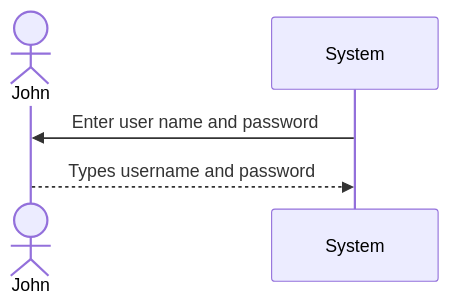
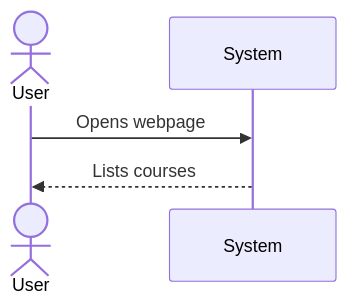
Before and after one commit to NoahBarrall/411Project: the second of 2 diagrams in System_Proposal_411.md, drawn with Mermaid.

````diff
--- a/System_Proposal_411.md
+++ b/System_Proposal_411.md
@@ -90,9 +90,11 @@
 ```mermaid
 sequenceDiagram
-   actor J as John
+   actor J as User
    participant S as System
 
-   S->>J: Enter user name and password
-   J-->>S: Types username and password
+   J->>S: Opens webpage
+   S-->>J: Lists courses
+
+   
 
 ```
````
